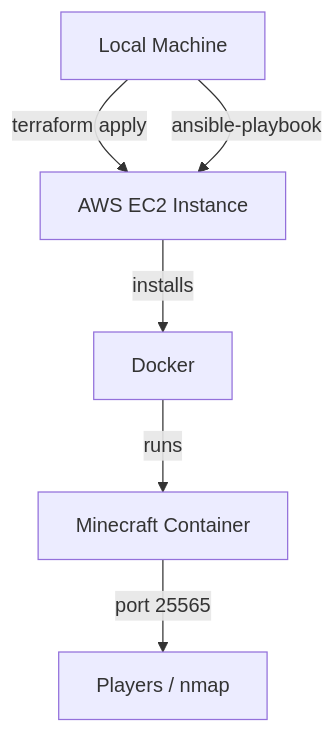
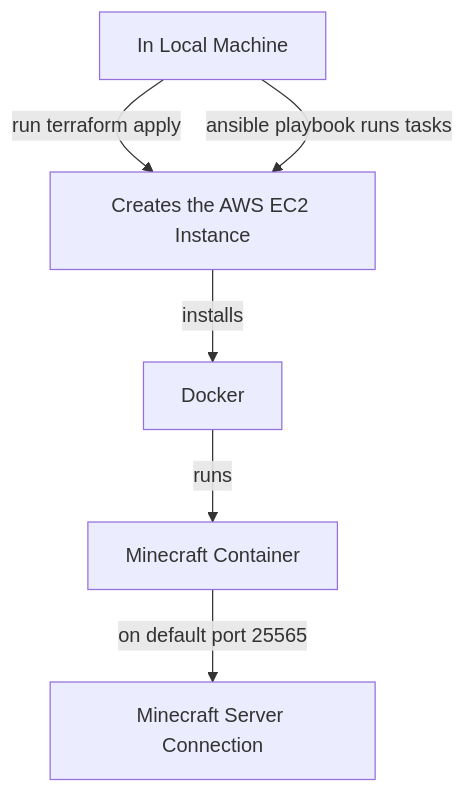
One commit to Jdunlap0004/MinecraftP2 changed the diagram in README.md. Above: the diagram before and after it, drawn with Mermaid.

Commit message:
Adding Diagramv2

````diff
--- a/README.md
+++ b/README.md
@@ -32,8 +32,8 @@
 ```mermaid
 graph TD
-    A[Local Machine] -->|terraform apply| B[AWS EC2 Instance]
-    A -->|ansible-playbook| B
+    A[In Local Machine] -->|run terraform apply| B[Creates the AWS EC2 Instance]
+    A -->|ansible playbook runs tasks| B
     B -->|installs| C[Docker]
     C -->|runs| D[Minecraft Container]
-    D -->|port 25565| E[Players / nmap]
+    D -->|on default port 25565| E[Minecraft Server Connection]
 ```
````
